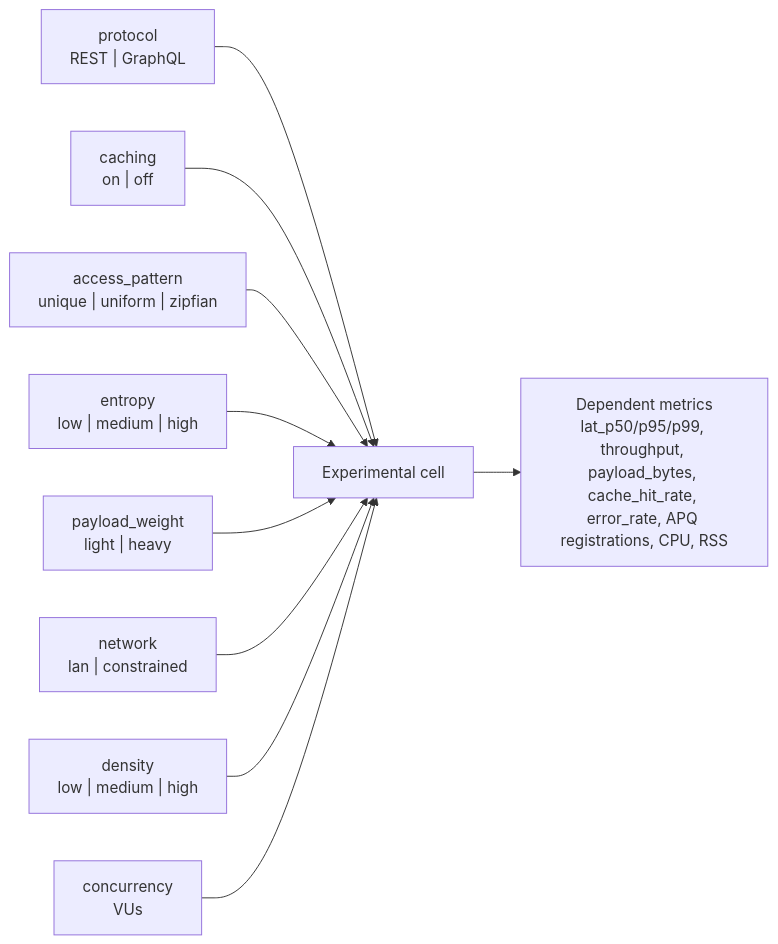
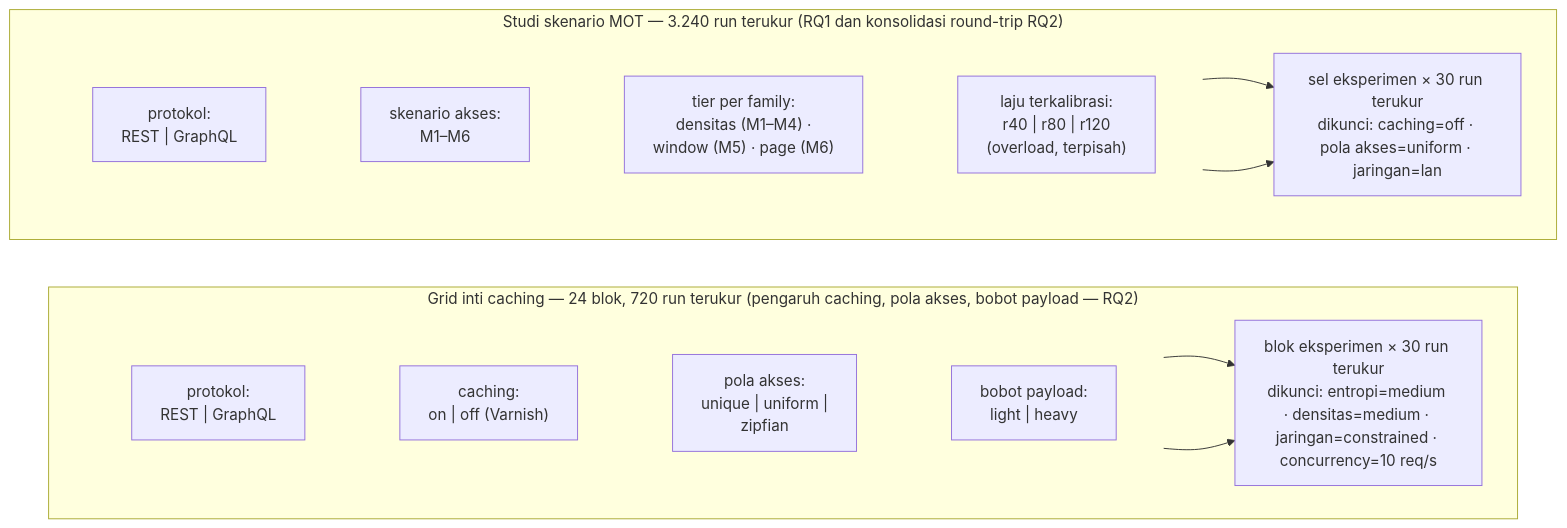
One commit to xinjhn/APEta changed the diagram in laporan/figures/src/fig_11_phase2_factor_grid.mmd. Above: the diagram before and after it, drawn with Mermaid. The commit also changed 56 other files, not shown here.

```diff
--- a/laporan/figures/src/fig_11_phase2_factor_grid.mmd
+++ b/laporan/figures/src/fig_11_phase2_factor_grid.mmd
@@ -1,24 +1,28 @@
-%% Gambar III.1 - Desain faktor eksperimen Phase 2
-%% Type: Factor map.
-%% Reference basis: orchestrator/config.py and make_run_plan.py.
-flowchart LR
-    cell[Experimental cell]
-    protocol["protocol\nREST | GraphQL"]
-    caching["caching\non | off"]
-    access["access_pattern\nunique | uniform | zipfian"]
-    entropy["entropy\nlow | medium | high"]
-    payload["payload_weight\nlight | heavy"]
-    network["network\nlan | constrained"]
-    density["density\nlow | medium | high"]
-    conc["concurrency\nVUs"]
-    metrics["Dependent metrics\nlat_p50/p95/p99, throughput, payload_bytes, cache_hit_rate, error_rate, APQ registrations, CPU, RSS"]
+%% Gambar (Bab III) — Desain faktor dua korpus eksperimen utama (layout v4c: panel bertumpuk, faktor per baris)
+%% Type: Factor map, dua panel (FIGURE_AUDIT.md: pecah grid MOT vs grid caching).
+%% Reference basis: orchestrator/make_run_plan.py (APE_GRID=mot), run_plan.csv kedua korpus,
+%% design/CALIBRATION.md, design/STUDY_COMPARISON.md.
+flowchart TB
+    subgraph MOT["Studi skenario MOT — 3.240 run terukur (RQ1 dan konsolidasi round-trip RQ2)"]
+        subgraph mr [" "]
+            direction LR
+            p1["protokol:<br/>REST | GraphQL"] ~~~ s1["skenario akses:<br/>M1–M6"] ~~~ t1["tier per family:<br/>densitas (M1–M4) ·<br/>window (M5) · page (M6)"] ~~~ r1["laju terkalibrasi:<br/>r40 | r80 | r120<br/>(overload, terpisah)"]
+        end
+        c1["sel eksperimen × 30 run terukur<br/>dikunci: caching=off · pola akses=uniform · jaringan=lan"]
+        s1 --> c1
+        t1 --> c1
+    end
 
-    protocol --> cell
-    caching --> cell
-    access --> cell
-    entropy --> cell
-    payload --> cell
-    network --> cell
-    density --> cell
-    conc --> cell
-    cell --> metrics
+    subgraph CG["Grid inti caching — 24 blok, 720 run terukur (pengaruh caching, pola akses, bobot payload — RQ2)"]
+        subgraph cr [" "]
+            direction LR
+            p2["protokol:<br/>REST | GraphQL"] ~~~ ca["caching:<br/>on | off (Varnish)"] ~~~ ap["pola akses:<br/>unique | uniform |<br/>zipfian"] ~~~ pw["bobot payload:<br/>light | heavy"]
+        end
+        c2["blok eksperimen × 30 run terukur<br/>dikunci: entropi=medium · densitas=medium · jaringan=constrained · concurrency=10 req/s"]
+        ca --> c2
+        ap --> c2
+    end
+
+    MOT ~~~ CG
+    style mr fill:none,stroke:none
+    style cr fill:none,stroke:none
```
